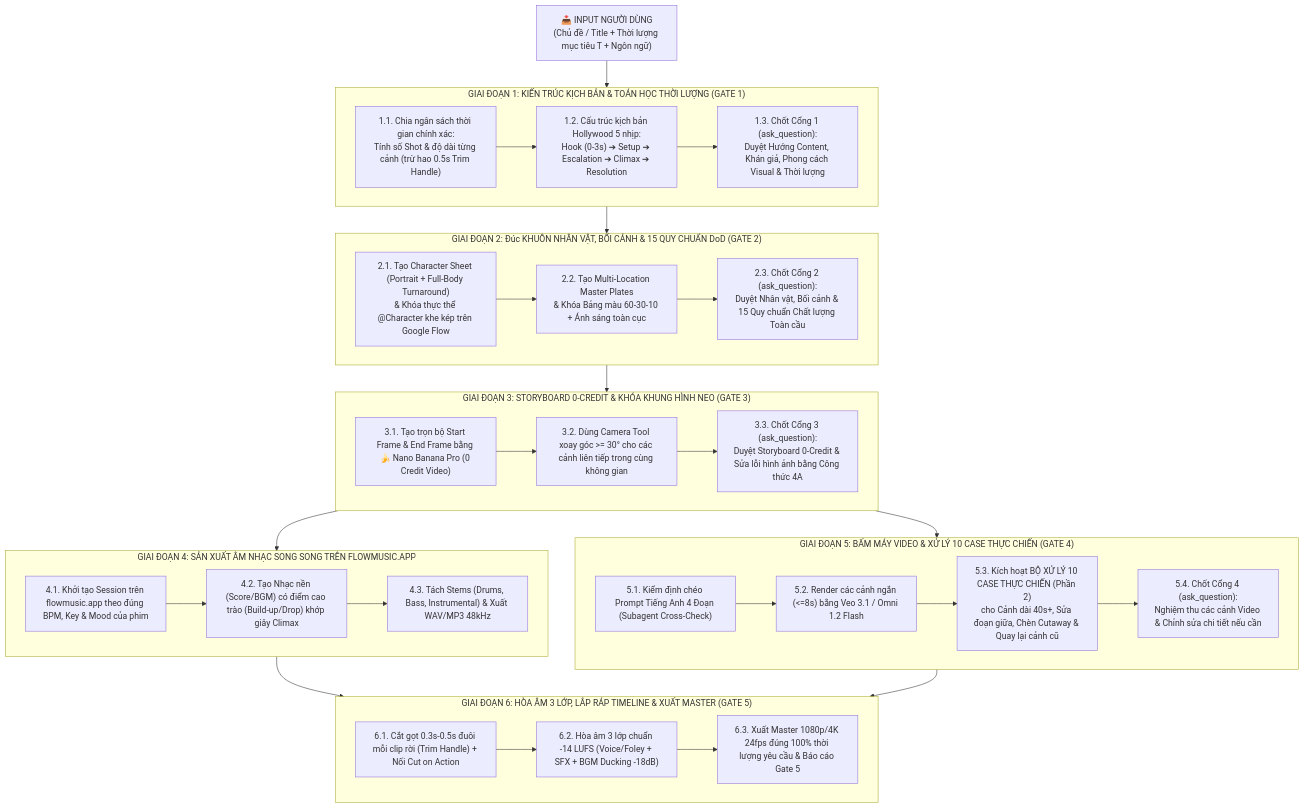
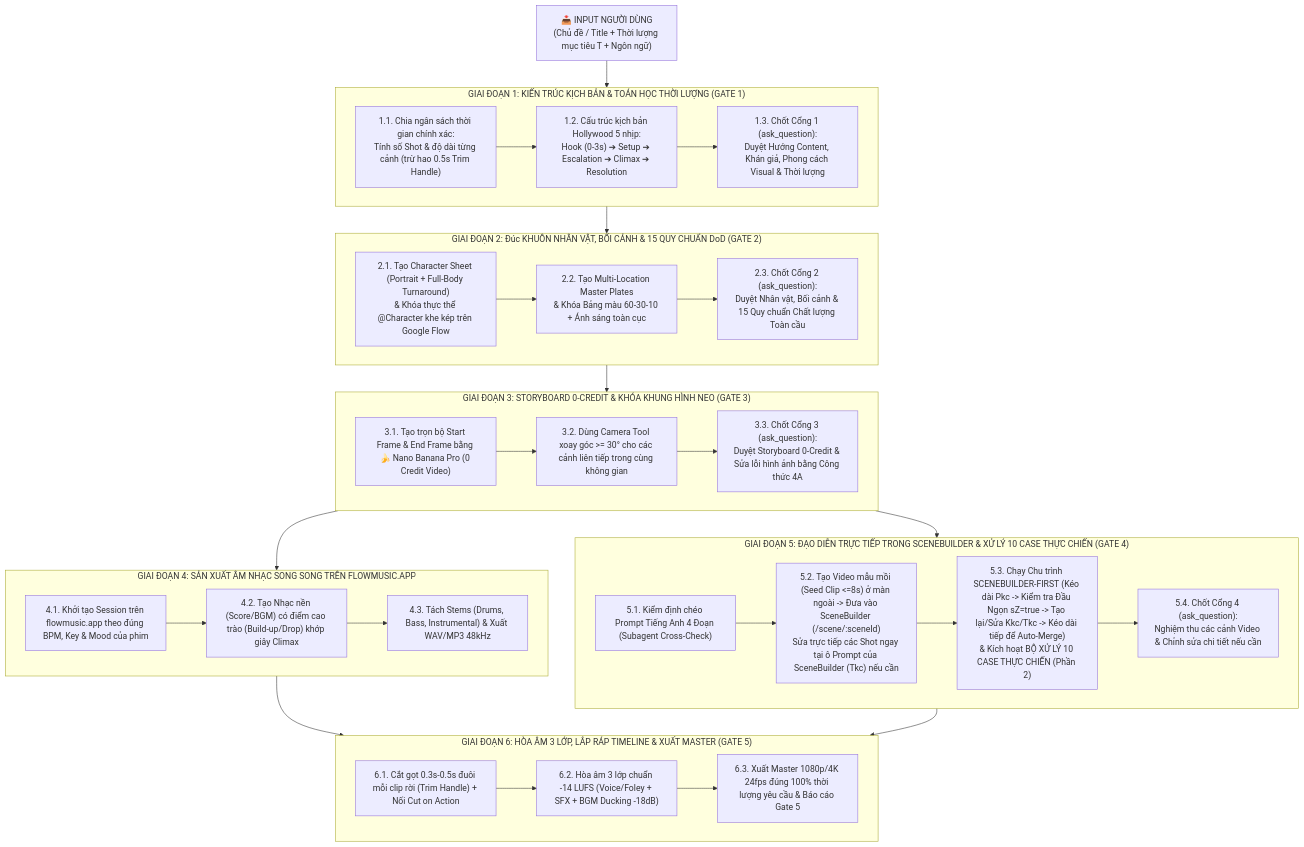
One commit to HaPhiHung-HE186793/test-AI changed the diagram in GOOGLE_FLOW_MASTER_EXECUTION_PIPELINE_AND_CASES.md. Above: the diagram before and after it, drawn with Mermaid. The commit also changed other lines of this file and 1 other file, not shown here.

Commit message:
docs(knowledge): integrate SceneBuilder-First in-place edit, extend head verification, and auto-merge architecture into Master Pipeline and Continuity SOP (locked AI_EDIT_MODE: OFF)

````diff
--- a/GOOGLE_FLOW_MASTER_EXECUTION_PIPELINE_AND_CASES.md
+++ b/GOOGLE_FLOW_MASTER_EXECUTION_PIPELINE_AND_CASES.md
@@ -27,53 +28,53 @@
 ```mermaid
 flowchart TD
     Input["📥 INPUT NGƯỜI DÙNG<br/>(Chủ đề / Title + Thời lượng mục tiêu T + Ngôn ngữ)"]
 
     subgraph Phase1["GIAI ĐOẠN 1: KIẾN TRÚC KỊCH BẢN & TOÁN HỌC THỜI LƯỢNG (GATE 1)"]
         P1A["1.1. Chia ngân sách thời gian chính xác:<br/>Tính số Shot & độ dài từng cảnh (trừ hao 0.5s Trim Handle)"]
         P1B["1.2. Cấu trúc kịch bản Hollywood 5 nhịp:<br/>Hook (0-3s) ➔ Setup ➔ Escalation ➔ Climax ➔ Resolution"]
         P1C["1.3. Chốt Cổng 1 (ask_question):<br/>Duyệt Hướng Content, Khán giả, Phong cách Visual & Thời lượng"]
         P1A --> P1B --> P1C
     end
 
     subgraph Phase2["GIAI ĐOẠN 2: Đúc KHUÔN NHÂN VẬT, BỐI CẢNH & 15 QUY CHUẨN DoD (GATE 2)"]
         P2A["2.1. Tạo Character Sheet (Portrait + Full-Body Turnaround)<br/>& Khóa thực thể @Character khe kép trên Google Flow"]
         P2B["2.2. Tạo Multi-Location Master Plates<br/>& Khóa Bảng màu 60-30-10 + Ánh sáng toàn cục"]
         P2C["2.3. Chốt Cổng 2 (ask_question):<br/>Duyệt Nhân vật, Bối cảnh & 15 Quy chuẩn Chất lượng Toàn cầu"]
         P2A --> P2B --> P2C
     end
 
     subgraph Phase3["GIAI ĐOẠN 3: STORYBOARD 0-CREDIT & KHÓA KHUNG HÌNH NEO (GATE 3)"]
         P3A["3.1. Tạo trọn bộ Start Frame & End Frame bằng 🍌 Nano Banana Pro (0 Credit Video)"]
         P3B["3.2. Dùng Camera Tool xoay góc >= 30° cho các cảnh liên tiếp trong cùng không gian"]
         P3C["3.3. Chốt Cổng 3 (ask_question):<br/>Duyệt Storyboard 0-Credit & Sửa lỗi hình ảnh bằng Công thức 4A"]
         P3A --> P3B --> P3C
     end
 
     subgraph Phase4["GIAI ĐOẠN 4: SẢN XUẤT ÂM NHẠC SONG SONG TRÊN FLOWMUSIC.APP"]
         P4A["4.1. Khởi tạo Session trên flowmusic.app theo đúng BPM, Key & Mood của phim"]
         P4B["4.2. Tạo Nhạc nền (Score/BGM) có điểm cao trào (Build-up/Drop) khớp giây Climax"]
         P4C["4.3. Tách Stems (Drums, Bass, Instrumental) & Xuất WAV/MP3 48kHz"]
         P4A --> P4B --> P4C
     end
 
-    subgraph Phase5["GIAI ĐOẠN 5: BẤM MÁY VIDEO & XỬ LÝ 10 CASE THỰC CHIẾN (GATE 4)"]
+    subgraph Phase5["GIAI ĐOẠN 5: ĐẠO DIỄN TRỰC TIẾP TRONG SCENEBUILDER & XỬ LÝ 10 CASE THỰC CHIẾN (GATE 4)"]
         P5A["5.1. Kiểm định chéo Prompt Tiếng Anh 4 Đoạn (Subagent Cross-Check)"]
-        P5B["5.2. Render các cảnh ngắn (<=8s) bằng Veo 3.1 / Omni 1.2 Flash"]
-        P5C["5.3. Kích hoạt BỘ XỬ LÝ 10 CASE THỰC CHIẾN (Phần 2)<br/>cho Cảnh dài 40s+, Sửa đoạn giữa, Chèn Cutaway & Quay lại cảnh cũ"]
+        P5B["5.2. Tạo Video mẫu mồi (Seed Clip <=8s) ở màn ngoài -> Đưa vào SceneBuilder (/scene/:sceneId)<br/>Sửa trực tiếp các Shot ngay tại ô Prompt của SceneBuilder (Tkc) nếu cần"]
+        P5C["5.3. Chạy Chu trình SCENEBUILDER-FIRST (Kéo dài Pkc -> Kiểm tra Đầu Ngọn sZ=true -> Tạo lại/Sửa Kkc/Tkc -> Kéo dài tiếp để Auto-Merge)<br/>& Kích hoạt BỘ XỬ LÝ 10 CASE THỰC CHIẾN (Phần 2)"]
         P5D["5.4. Chốt Cổng 4 (ask_question):<br/>Nghiệm thu các cảnh Video & Chỉnh sửa chi tiết nếu cần"]
         P5A --> P5B --> P5C --> P5D
     end
 
     subgraph Phase6["GIAI ĐOẠN 6: HÒA ÂM 3 LỚP, LẮP RÁP TIMELINE & XUẤT MASTER (GATE 5)"]
         P6A["6.1. Cắt gọt 0.3s-0.5s đuôi mỗi clip rời (Trim Handle) + Nối Cut on Action"]
         P6B["6.2. Hòa âm 3 lớp chuẩn -14 LUFS (Voice/Foley + SFX + BGM Ducking -18dB)"]
         P6C["6.3. Xuất Master 1080p/4K 24fps đúng 100% thời lượng yêu cầu & Báo cáo Gate 5"]
         P6A --> P6B --> P6C
     end
 
     Input --> Phase1 --> Phase2 --> Phase3
     Phase3 --> Phase4
     Phase3 --> Phase5
     Phase4 --> Phase6
     Phase5 --> Phase6
 ```
````
